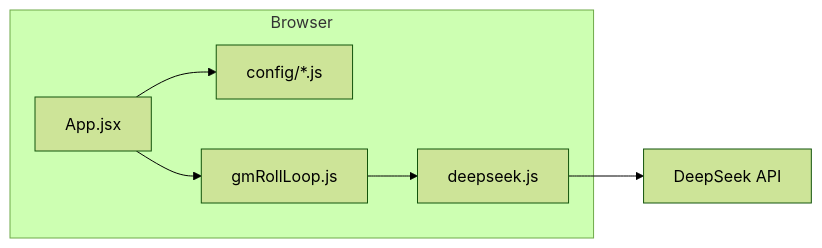
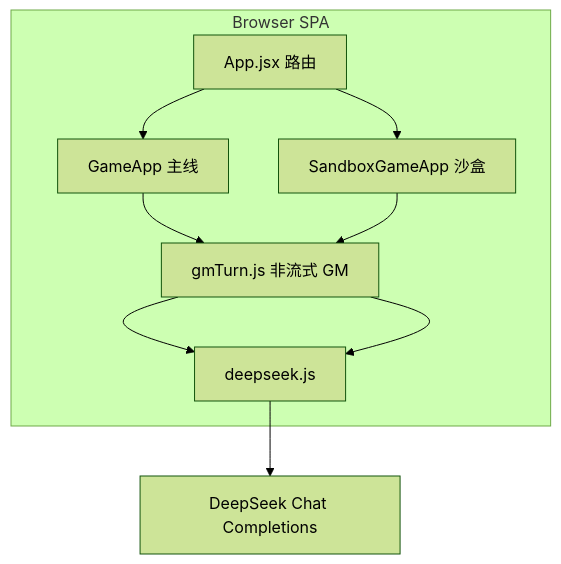
Before and after one commit to heyixigu/coc: the first of 4 diagrams in ARCHITECTURE.md, drawn with Mermaid (forest theme). The commit also changed other lines of this file and 8 other files, not shown here.

````diff
--- a/ARCHITECTURE.md
+++ b/ARCHITECTURE.md
@@ -41,14 +42,16 @@
 ```mermaid
-flowchart LR
-  subgraph browser [Browser]
-    UI[App.jsx]
-    Config[config/*.js]
-    Loop[gmRollLoop.js]
-    API[deepseek.js]
+flowchart TB
+  subgraph client [Browser SPA]
+    App[App.jsx 路由]
+    Coc[GameApp 主线]
+    Sb[SandboxGameApp 沙盒]
+    DS[deepseek.js]
+    GT[gmTurn.js 非流式 GM]
   end
-  DeepSeek[DeepSeek API]
-  UI --> Config
-  UI --> Loop
-  Loop --> API
-  API --> DeepSeek
+  API[DeepSeek Chat Completions]
+  App --> Coc
+  App --> Sb
+  Coc --> GT --> DS
+  Sb --> GT --> DS
+  DS --> API
 ```
````
